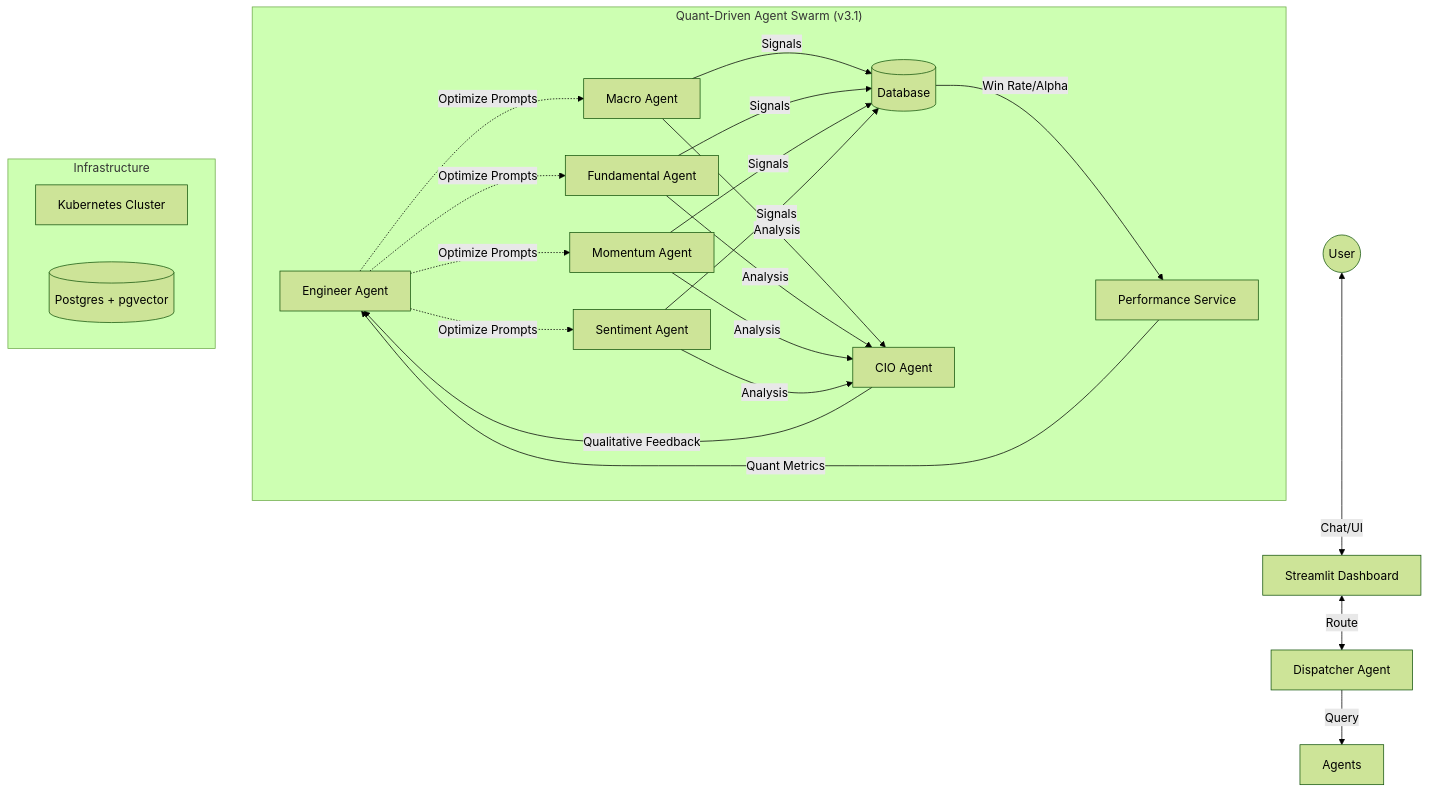
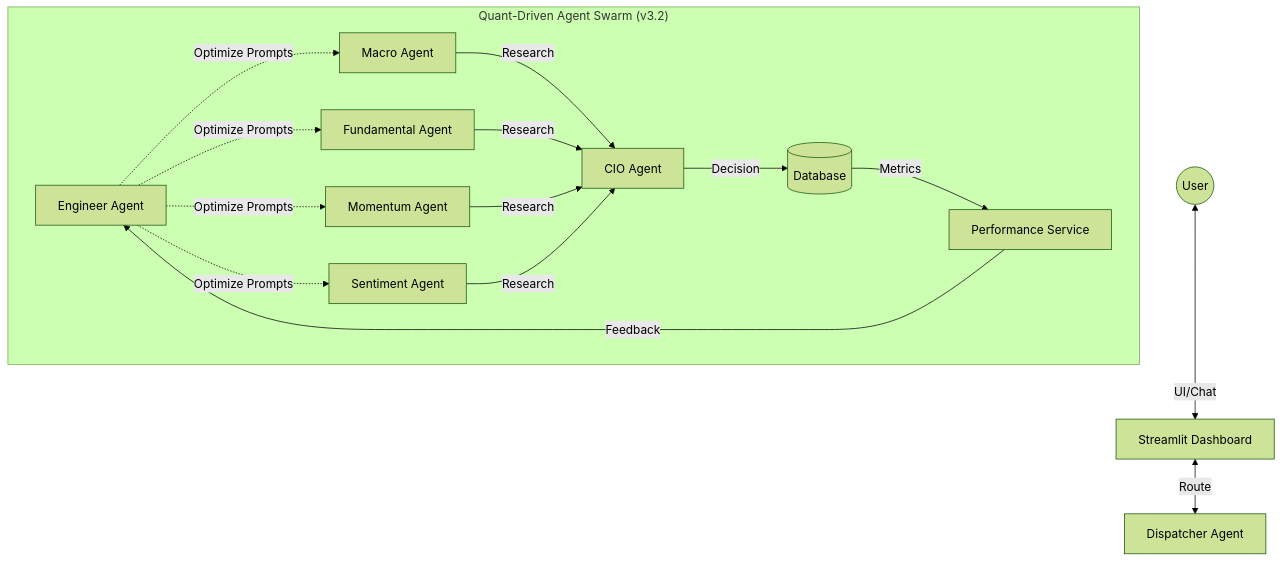
The diagram in README.md (neohsiung/AI-Investment-Advisor), drawn with Mermaid (forest theme) before and after one commit. The commit also changed other lines of this file and 154 other files, not shown here.

````diff
--- a/README.md
+++ b/README.md
@@ -32,29 +72,20 @@
 ```mermaid
 graph TD
-    User((User)) <-->|Chat/UI| DASH[Streamlit Dashboard]
+    User((User)) <-->|UI/Chat| DASH[Streamlit Dashboard]
     DASH <-->|Route| DISP[Dispatcher Agent]
     
-    DISP -->|Query| Agents
-    
-    subgraph "Quant-Driven Agent Swarm (v3.1)"
+    subgraph "Quant-Driven Agent Swarm (v3.2)"
         ENG[Engineer Agent]
         MA[Macro Agent]
         FA[Fundamental Agent]
         MO[Momentum Agent]
         SA[Sentiment Agent]
         CIO[CIO Agent]
-        PERF[Performance Service]
         
-        MA & FA & MO & SA -->|Signals| DB[(Database)]
-        MA & FA & MO & SA -->|Analysis| CIO
-        DB -->|Win Rate/Alpha| PERF
-        CIO -->|Qualitative Feedback| ENG
-        PERF -->|Quant Metrics| ENG
+        MA & FA & MO & SA -->|Research| CIO
+        CIO -->|Decision| DB[(Database)]
+        DB -->|Metrics| PERF[Performance Service]
+        PERF -->|Feedback| ENG
         ENG -.->|Optimize Prompts| MA & FA & MO & SA
     end
-
-    subgraph Infrastructure
-        K8S[Kubernetes Cluster]
-        POSTGRES[(Postgres + pgvector)]
-    end
 ```
````
